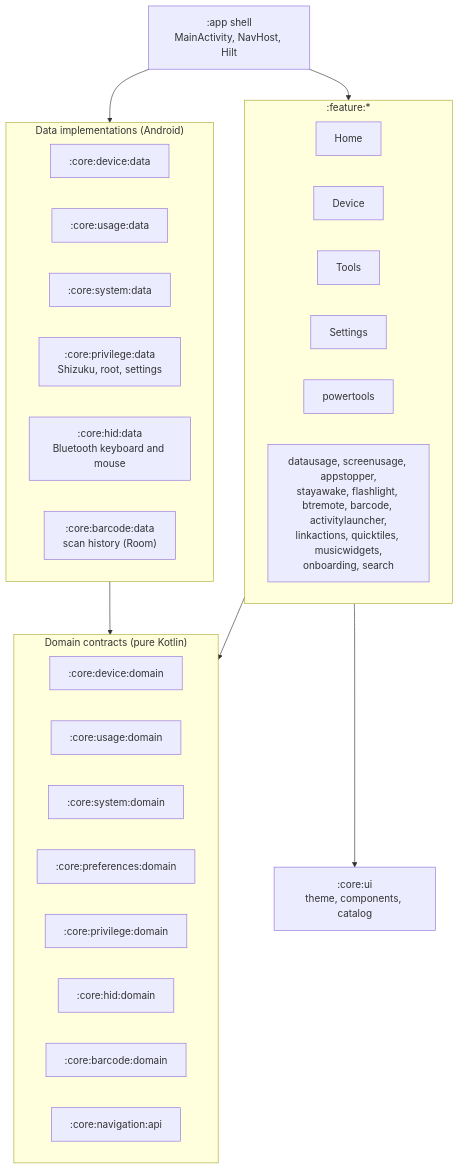
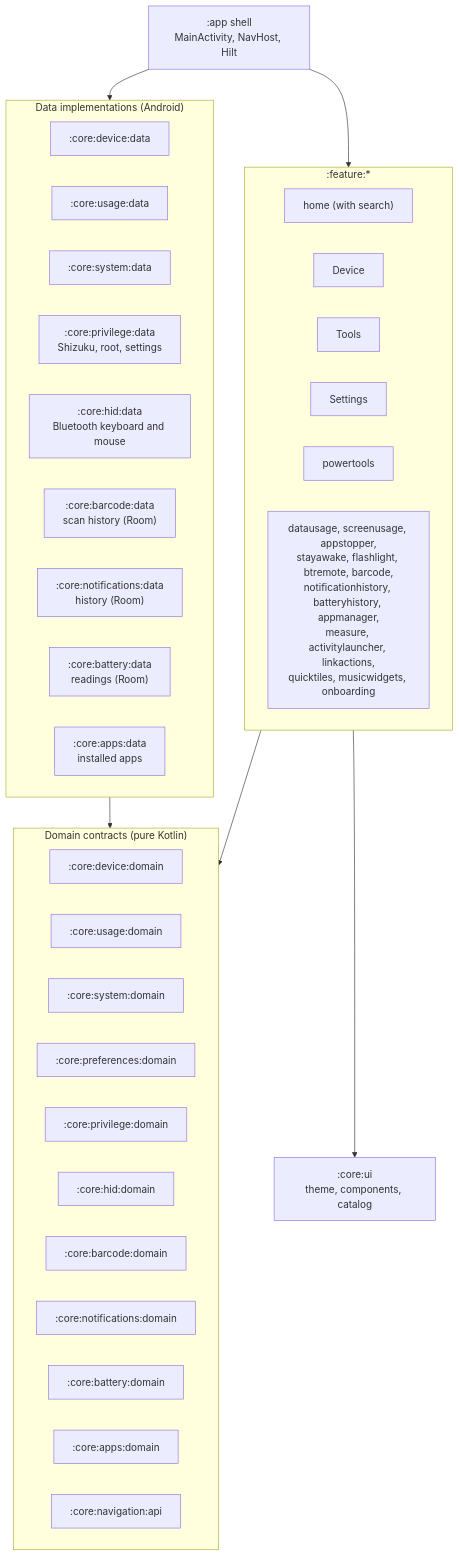
One commit to qtremors/osyster changed the diagram in DEVELOPMENT.md. Above: the diagram before and after it, drawn with Mermaid. The commit also changed other lines of this file and 25 other files, not shown here.

Commit message:
v0.4.0: Screenshots, Website Showcase And Feature Graphic, Split Screen Layout, Shortcut Order, And Updated Libraries

````diff
--- a/DEVELOPMENT.md
+++ b/DEVELOPMENT.md
@@ -36,17 +40,17 @@
 ```mermaid
 flowchart TD
     App[":app shell<br/>MainActivity, NavHost, Hilt"] --> Features
     subgraph Features[":feature:*"]
-        Home & Device & Tools & Settings & PowerTools["powertools"] & More["datausage, screenusage, appstopper,<br/>stayawake, flashlight, btremote, barcode, activitylauncher,<br/>linkactions, quicktiles, musicwidgets,<br/>onboarding, search"]
+        Home["home (with search)"] & Device & Tools & Settings & PowerTools["powertools"] & More["datausage, screenusage, appstopper,<br/>stayawake, flashlight, btremote, barcode,<br/>notificationhistory, batteryhistory, appmanager,<br/>measure, activitylauncher, linkactions,<br/>quicktiles, musicwidgets, onboarding"]
     end
     Features --> Domain
     subgraph Domain["Domain contracts (pure Kotlin)"]
-        DD[":core:device:domain"] & UD[":core:usage:domain"] & SD[":core:system:domain"] & PD[":core:preferences:domain"] & PrD[":core:privilege:domain"] & HD[":core:hid:domain"] & BD[":core:barcode:domain"] & Nav[":core:navigation:api"]
+        DD[":core:device:domain"] & UD[":core:usage:domain"] & SD[":core:system:domain"] & PD[":core:preferences:domain"] & PrD[":core:privilege:domain"] & HD[":core:hid:domain"] & BD[":core:barcode:domain"] & ND[":core:notifications:domain"] & BaD[":core:battery:domain"] & AD[":core:apps:domain"] & Nav[":core:navigation:api"]
     end
     Features --> UI[":core:ui<br/>theme, components, catalog"]
     App --> Data
     subgraph Data["Data implementations (Android)"]
-        DDa[":core:device:data"] & UDa[":core:usage:data"] & SDa[":core:system:data"] & PrDa[":core:privilege:data<br/>Shizuku, root, settings"] & HDa[":core:hid:data<br/>Bluetooth keyboard and mouse"] & BDa[":core:barcode:data<br/>scan history (Room)"]
+        DDa[":core:device:data"] & UDa[":core:usage:data"] & SDa[":core:system:data"] & PrDa[":core:privilege:data<br/>Shizuku, root, settings"] & HDa[":core:hid:data<br/>Bluetooth keyboard and mouse"] & BDa[":core:barcode:data<br/>scan history (Room)"] & NDa[":core:notifications:data<br/>history (Room)"] & BaDa[":core:battery:data<br/>readings (Room)"] & ADa[":core:apps:data<br/>installed apps"]
     end
     Data --> Domain
 ```
````
